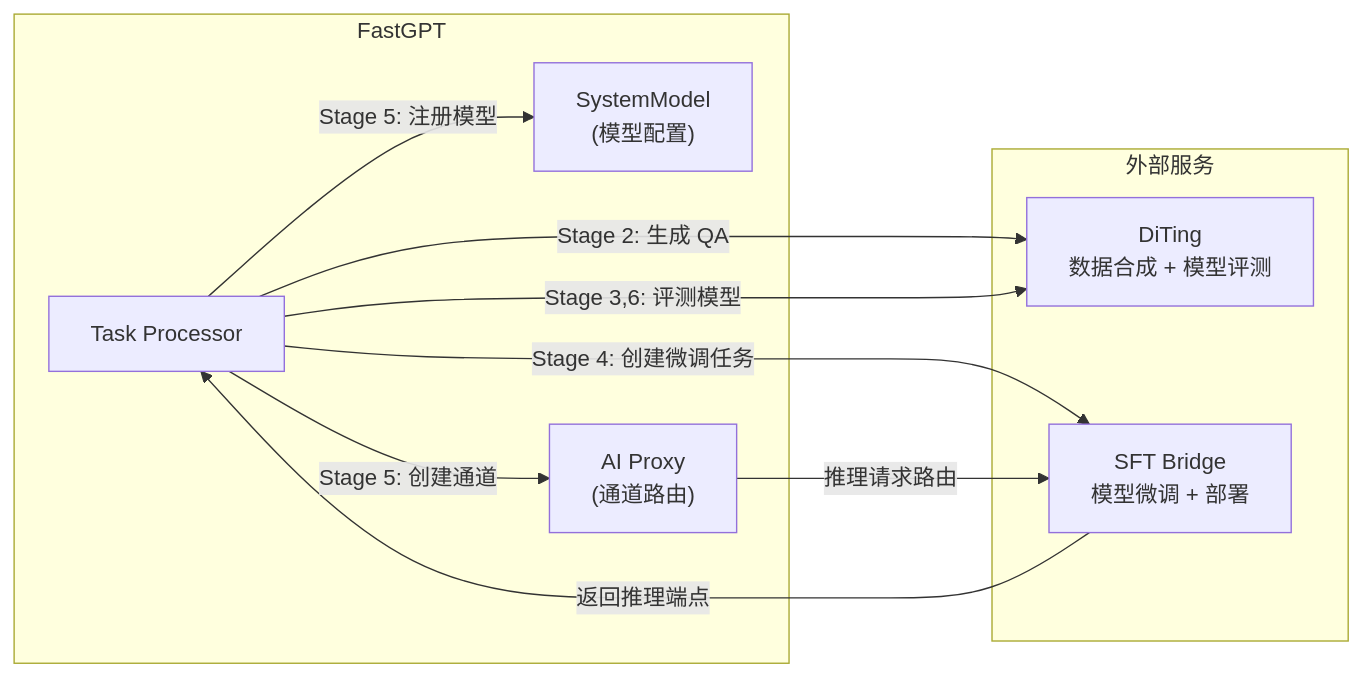
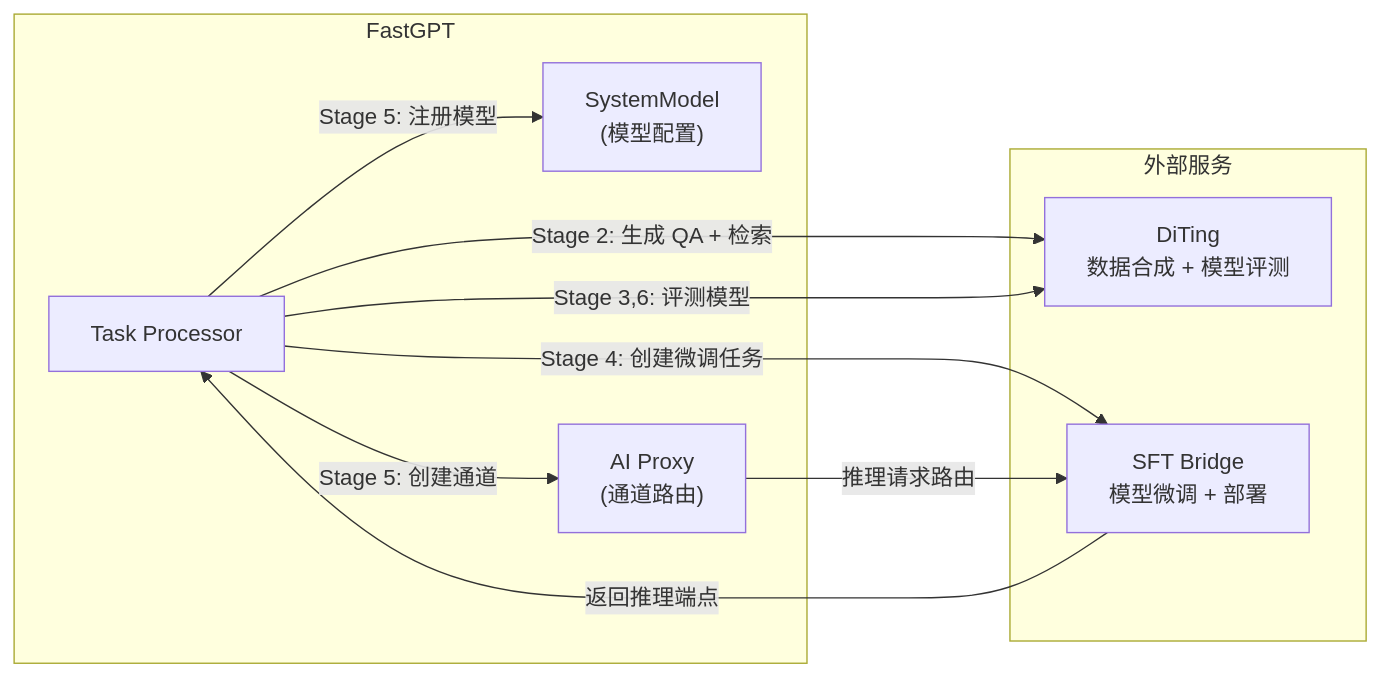
Before and after one commit to labring/FastGPT: the fifth of 5 diagrams in .claude/design/rerank-training-architecture.md, drawn with Mermaid. The commit also changed other lines of this file and 138 other files, not shown here.

````diff
--- a/.claude/design/rerank-training-architecture.md
+++ b/.claude/design/rerank-training-architecture.md
@@ -175,21 +190,21 @@
 ```mermaid
 flowchart LR
     subgraph FastGPT
         Proc["Task Processor"]
         Model["SystemModel<br/>(模型配置)"]
         Proxy["AI Proxy<br/>(通道路由)"]
     end
 
     subgraph External["外部服务"]
         DiTing["DiTing<br/>数据合成 + 模型评测"]
         SFT["SFT Bridge<br/>模型微调 + 部署"]
     end
 
-    Proc -->|"Stage 2: 生成 QA"| DiTing
+    Proc -->|"Stage 2: 生成 QA + 检索"| DiTing
     Proc -->|"Stage 3,6: 评测模型"| DiTing
     Proc -->|"Stage 4: 创建微调任务"| SFT
     SFT -->|"返回推理端点"| Proc
     Proc -->|"Stage 5: 注册模型"| Model
     Proc -->|"Stage 5: 创建通道"| Proxy
     Proxy -->|"推理请求路由"| SFT
 ```
````
